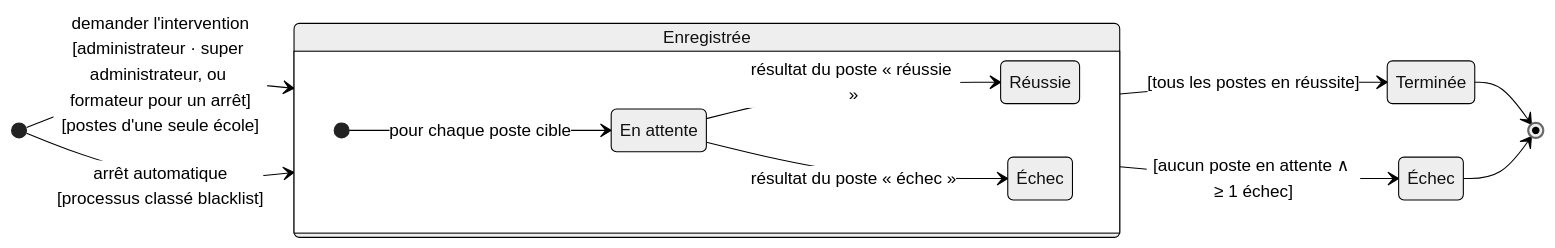
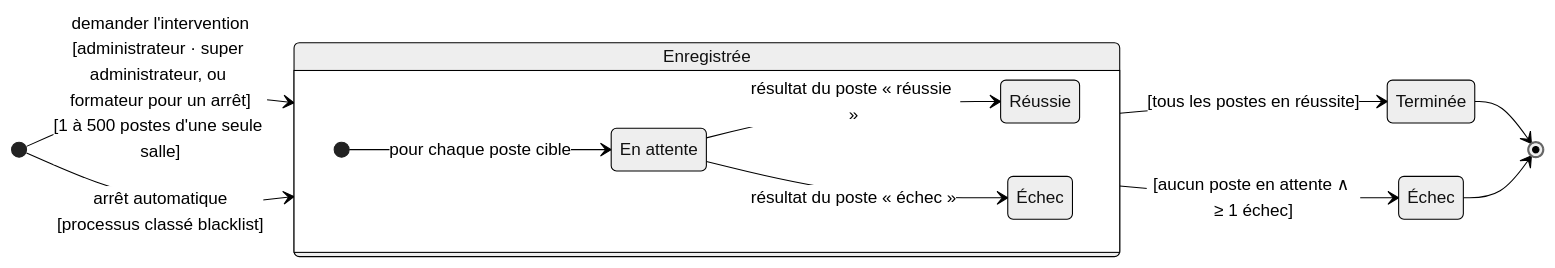
The second of 2 diagrams in docs/temporaire/DIAGRAMMES-ETATS-BROUILLON-V1.md (bpierrelouis/aster), drawn with Mermaid (neutral theme) before and after one commit. The commit also changed other lines of this file and 3 other files, not shown here.

First line of the commit message:
docs(etats): aligner les diagrammes d'états sur l'application

````diff
--- a/docs/temporaire/DIAGRAMMES-ETATS-BROUILLON-V1.md
+++ b/docs/temporaire/DIAGRAMMES-ETATS-BROUILLON-V1.md
@@ -27,25 +31,25 @@
 ```mermaid
 stateDiagram-v2
     direction LR
-    [*] --> enregistree : demander l'intervention<br/>[administrateur · super administrateur, ou formateur pour un arrêt]<br/>[postes d'une seule école]
+    [*] --> enregistree : demander l'intervention<br/>[administrateur · super administrateur, ou formateur pour un arrêt]<br/>[1 à 500 postes d'une seule salle]
     [*] --> enregistree : arrêt automatique<br/>[processus classé blacklist]
 
     state enregistree {
         direction LR
         [*] --> en_attente : pour chaque poste cible
         en_attente --> reussie : résultat du poste « réussie »
         en_attente --> echec_poste : résultat du poste « échec »
         en_attente : En attente
         reussie : Réussie
         echec_poste : Échec
     }
 
     enregistree --> terminee : [tous les postes en réussite]
     enregistree --> echec : [aucun poste en attente ∧ ≥ 1 échec]
     terminee --> [*]
     echec --> [*]
 
     enregistree : Enregistrée
     terminee : Terminée
     echec : Échec
 ```
````
